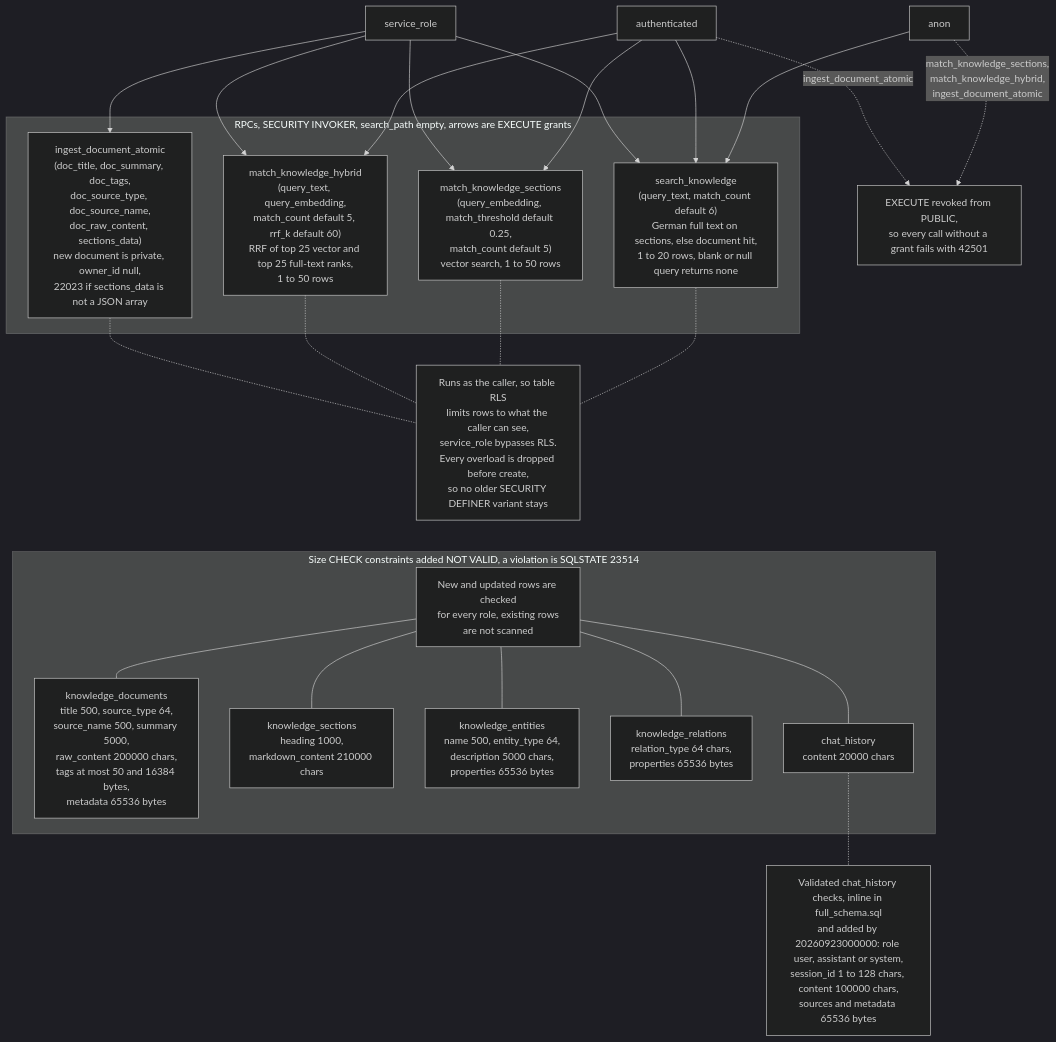
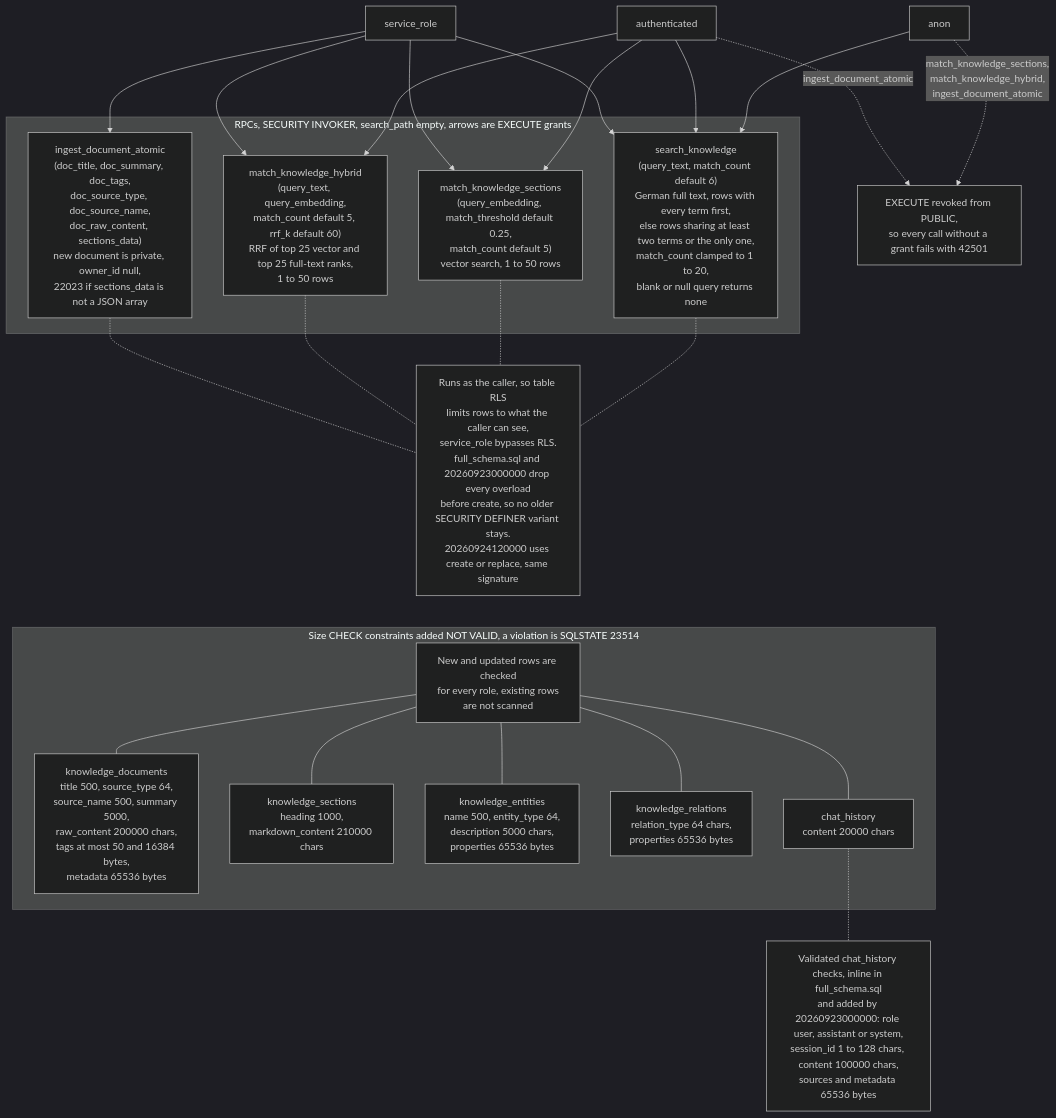
The fifth of 6 diagrams in backend/supabase/README.md (umutcantezgel-cpu/Starpi), drawn with Mermaid (dark theme) before and after one commit. The commit also changed other lines of this file and 15 other files, not shown here.

````diff
--- a/backend/supabase/README.md
+++ b/backend/supabase/README.md
@@ -357,48 +359,48 @@
 ```mermaid
 flowchart TD
     anon["anon"]
     authn["authenticated"]
     svc["service_role"]
 
     subgraph sg_fns["RPCs, SECURITY INVOKER, search_path empty, arrows are EXECUTE grants"]
-        sk["search_knowledge<br/>(query_text, match_count default 6)<br/>German full text on sections, else document hit,<br/>1 to 20 rows, blank or null query returns none"]
+        sk["search_knowledge<br/>(query_text, match_count default 6)<br/>German full text, rows with every term first,<br/>else rows sharing at least two terms or the only one,<br/>match_count clamped to 1 to 20,<br/>blank or null query returns none"]
         mks["match_knowledge_sections<br/>(query_embedding, match_threshold default 0.25,<br/>match_count default 5)<br/>vector search, 1 to 50 rows"]
         mkh["match_knowledge_hybrid<br/>(query_text, query_embedding,<br/>match_count default 5, rrf_k default 60)<br/>RRF of top 25 vector and top 25 full-text ranks,<br/>1 to 50 rows"]
         ing["ingest_document_atomic<br/>(doc_title, doc_summary, doc_tags,<br/>doc_source_type, doc_source_name,<br/>doc_raw_content, sections_data)<br/>new document is private, owner_id null,<br/>22023 if sections_data is not a JSON array"]
     end
 
     anon --> sk
     authn --> sk
     authn --> mks
     authn --> mkh
     svc --> sk
     svc --> mks
     svc --> mkh
     svc --> ing
 
-    invoker["Runs as the caller, so table RLS<br/>limits rows to what the caller can see,<br/>service_role bypasses RLS.<br/>Every overload is dropped before create,<br/>so no older SECURITY DEFINER variant stays"]
+    invoker["Runs as the caller, so table RLS<br/>limits rows to what the caller can see,<br/>service_role bypasses RLS.<br/>full_schema.sql and 20260923000000 drop every overload<br/>before create, so no older SECURITY DEFINER variant stays.<br/>20260924120000 uses create or replace, same signature"]
     sk -.- invoker
     mks -.- invoker
     mkh -.- invoker
     ing -.- invoker
     denied["EXECUTE revoked from PUBLIC,<br/>so every call without a grant fails with 42501"]
     anon -.->|"match_knowledge_sections,<br/>match_knowledge_hybrid,<br/>ingest_document_atomic"| denied
     authn -.->|"ingest_document_atomic"| denied
 
     subgraph sg_checks["Size CHECK constraints added NOT VALID, a violation is SQLSTATE 23514"]
         ckNote["New and updated rows are checked<br/>for every role, existing rows<br/>are not scanned"]
         ckDocs["knowledge_documents<br/>title 500, source_type 64,<br/>source_name 500, summary 5000,<br/>raw_content 200000 chars,<br/>tags at most 50 and 16384 bytes,<br/>metadata 65536 bytes"]
         ckSec["knowledge_sections<br/>heading 1000,<br/>markdown_content 210000 chars"]
         ckEnt["knowledge_entities<br/>name 500, entity_type 64,<br/>description 5000 chars,<br/>properties 65536 bytes"]
         ckRel["knowledge_relations<br/>relation_type 64 chars,<br/>properties 65536 bytes"]
         ckChat["chat_history<br/>content 20000 chars"]
         ckNote --- ckDocs
         ckNote --- ckSec
         ckNote --- ckEnt
         ckNote --- ckRel
         ckNote --- ckChat
     end
     ckOld["Validated chat_history checks, inline in full_schema.sql<br/>and added by 20260923000000: role user, assistant or system,<br/>session_id 1 to 128 chars, content 100000 chars,<br/>sources and metadata 65536 bytes"]
     ckChat -.- ckOld
     invoker ~~~ sg_checks
 ```
````
